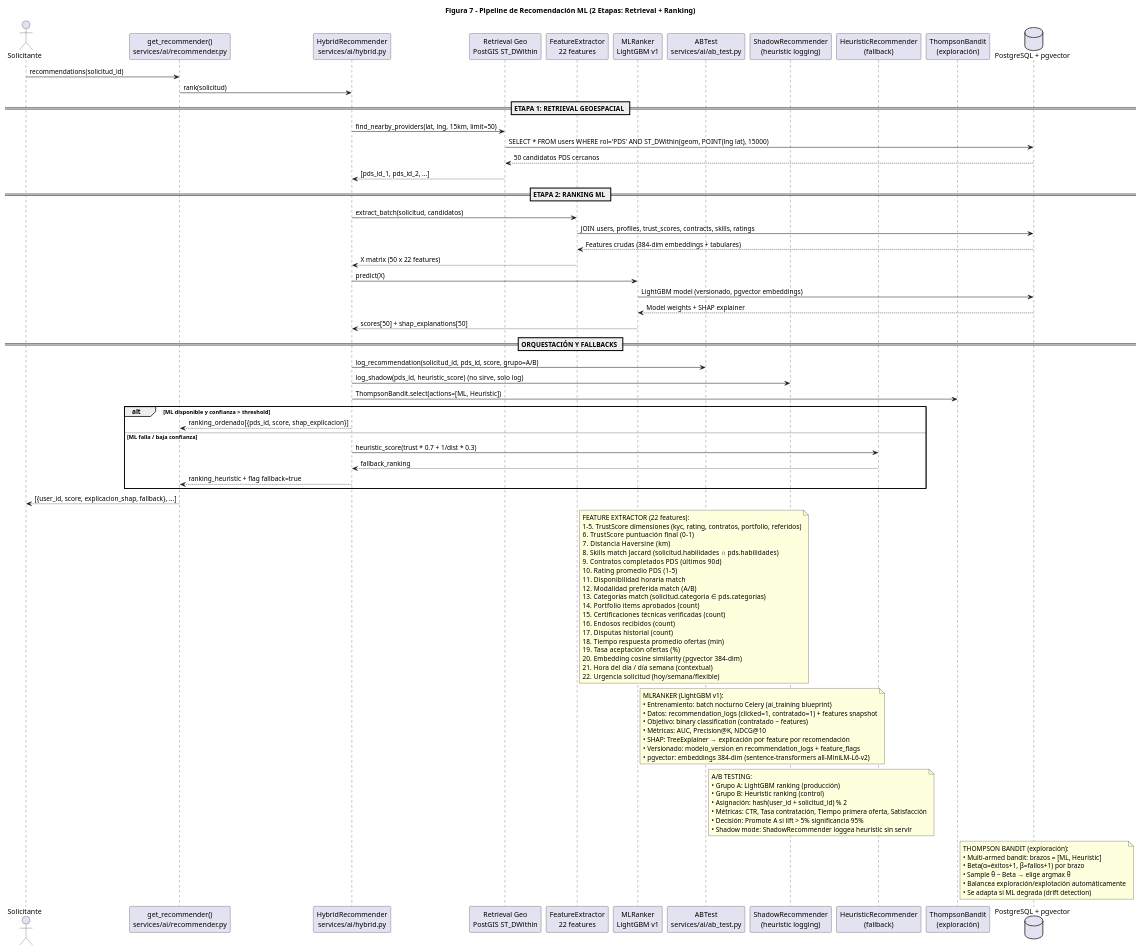
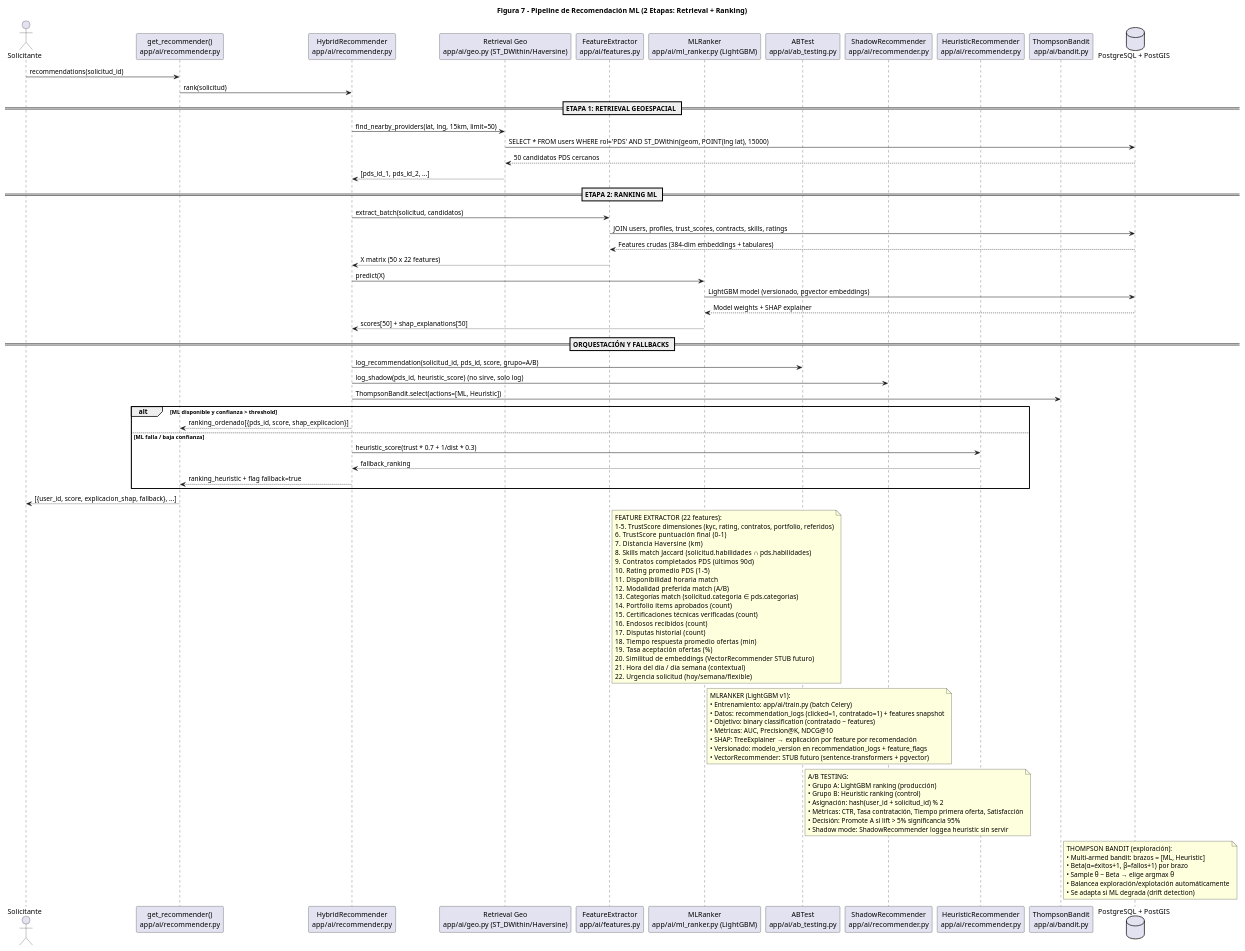
One commit to jpalacioing98/Chambeapp_Doc changed the diagram in Arquitectura/diagramas/component/07-pipeline-recomendacion-ml.md. Above: the diagram before and after it, drawn with PlantUML. The commit also changed other lines of this file and 60 other files, not shown here.

Commit message:
docs: completar y actualizar diagramas de arquitectura segun codigo fuente

```diff
--- a/Arquitectura/diagramas/component/07-pipeline-recomendacion-ml.md
+++ b/Arquitectura/diagramas/component/07-pipeline-recomendacion-ml.md
@@ -13,16 +13,16 @@
 title Figura 7 - Pipeline de Recomendación ML (2 Etapas: Retrieval + Ranking)
 
 actor "Solicitante" as S
-participant "get_recommender()\nservices/ai/recommender.py" as GR
-participant "HybridRecommender\nservices/ai/hybrid.py" as HR
-participant "Retrieval Geo\nPostGIS ST_DWithin" as GEO
-participant "FeatureExtractor\n22 features" as FE
-participant "MLRanker\nLightGBM v1" as MR
-participant "ABTest\nservices/ai/ab_test.py" as AB
-participant "ShadowRecommender\n(heuristic logging)" as SR
-participant "HeuristicRecommender\n(fallback)" as HER
-participant "ThompsonBandit\n(exploración)" as TB
-database "PostgreSQL + pgvector" as DB
+participant "get_recommender()\napp/ai/recommender.py" as GR
+participant "HybridRecommender\napp/ai/recommender.py" as HR
+participant "Retrieval Geo\napp/ai/geo.py (ST_DWithin/Haversine)" as GEO
+participant "FeatureExtractor\napp/ai/features.py" as FE
+participant "MLRanker\napp/ai/ml_ranker.py (LightGBM)" as MR
+participant "ABTest\napp/ai/ab_testing.py" as AB
+participant "ShadowRecommender\napp/ai/recommender.py" as SR
+participant "HeuristicRecommender\napp/ai/recommender.py" as HER
+participant "ThompsonBandit\napp/ai/bandit.py" as TB
+database "PostgreSQL + PostGIS" as DB
 
 S -> GR: recommendations(solicitud_id)
 GR -> HR: rank(solicitud)
@@ -75,20 +75,20 @@
   17.   Disputas historial (count)
   18.   Tiempo respuesta promedio ofertas (min)
   19.   Tasa aceptación ofertas (%)
-  20.   Embedding cosine similarity (pgvector 384-dim)
+  20.   Similitud de embeddings (VectorRecommender STUB futuro)
   21.   Hora del día / día semana (contextual)
   22.   Urgencia solicitud (hoy/semana/flexible)
 end note
 
 note right of MR
   MLRANKER (LightGBM v1):
-  • Entrenamiento: batch nocturno Celery (ai_training blueprint)
+  • Entrenamiento: app/ai/train.py (batch Celery)
   • Datos: recommendation_logs (clicked=1, contratado=1) + features snapshot
   • Objetivo: binary classification (contratado ~ features)
   • Métricas: AUC, Precision@K, NDCG@10
   • SHAP: TreeExplainer → explicación por feature por recomendación
   • Versionado: modelo_version en recommendation_logs + feature_flags
-  • pgvector: embeddings 384-dim (sentence-transformers all-MiniLM-L6-v2)
+  • VectorRecommender: STUB futuro (sentence-transformers + pgvector)
 end note
 
 note right of AB
```
